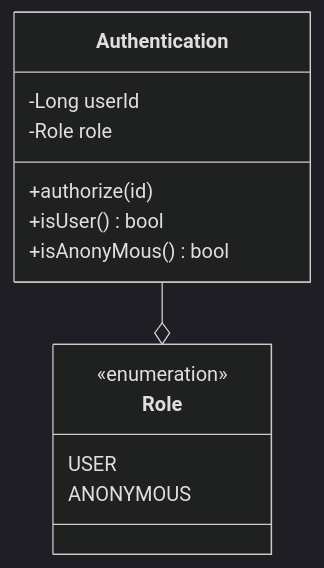
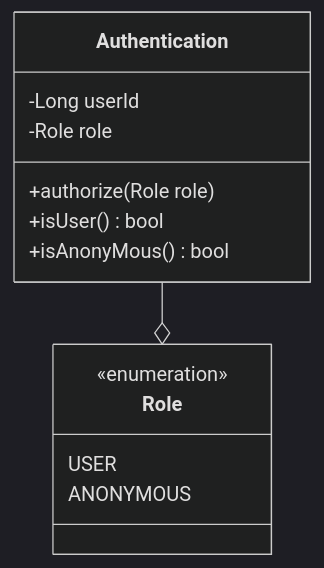
One commit to jsween5723/loopers-spring-kotlin-template changed the first of 6 diagrams in docs/03-class-diagrams.md. Above: the diagram before and after it, drawn with Mermaid (dark theme). The commit also changed other lines of this file, not shown here.

Commit message:
docs(sku): 클래스 다이어그램 추가

````diff
--- a/docs/03-class-diagrams.md
+++ b/docs/03-class-diagrams.md
@@ -1,17 +1,17 @@
 ```mermaid
 classDiagram
     class Authentication {
         -Long userId
         -Role role
-        +authorize(id)
+        +authorize(Role role)
         +isUser() bool
         +isAnonyMous() bool
     }
     Authentication --o Role
 
     class Role {
         <<enumeration>>
         USER
         ANONYMOUS
     }
 ```
````
